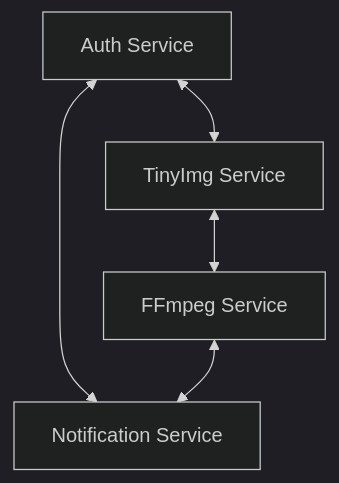
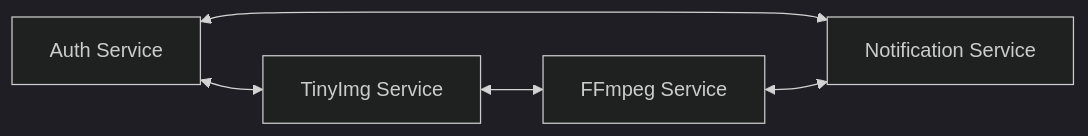
Before and after one commit to MateuxDotDev/tiny-img: the diagram in README.md, drawn with Mermaid (dark theme).

Commit message:
refac: LR app arch graph

````diff
--- a/README.md
+++ b/README.md
@@ -12,7 +12,7 @@
 ```mermaid
-graph TD
+graph LR
     A[Auth Service] <--> B[TinyImg Service]
     A <--> C[Notification Service]
     B <--> D[FFmpeg Service]
     D <--> C
 ```
````
